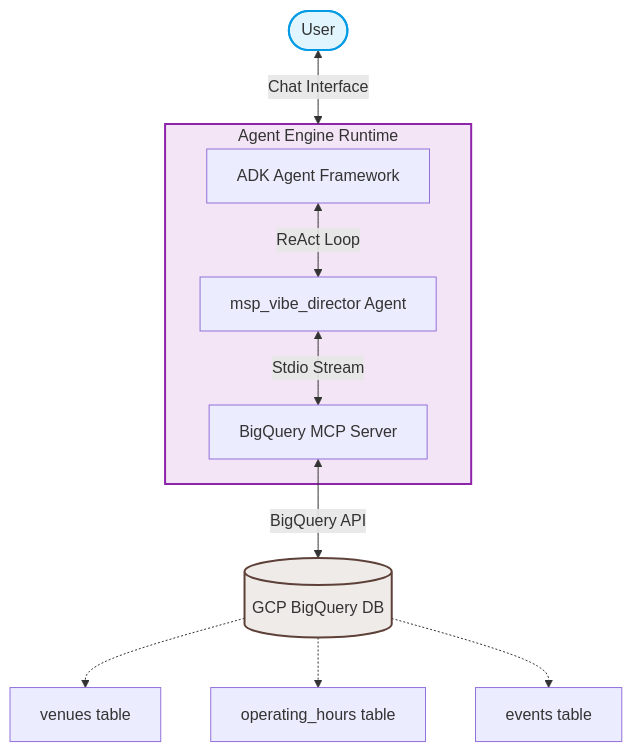
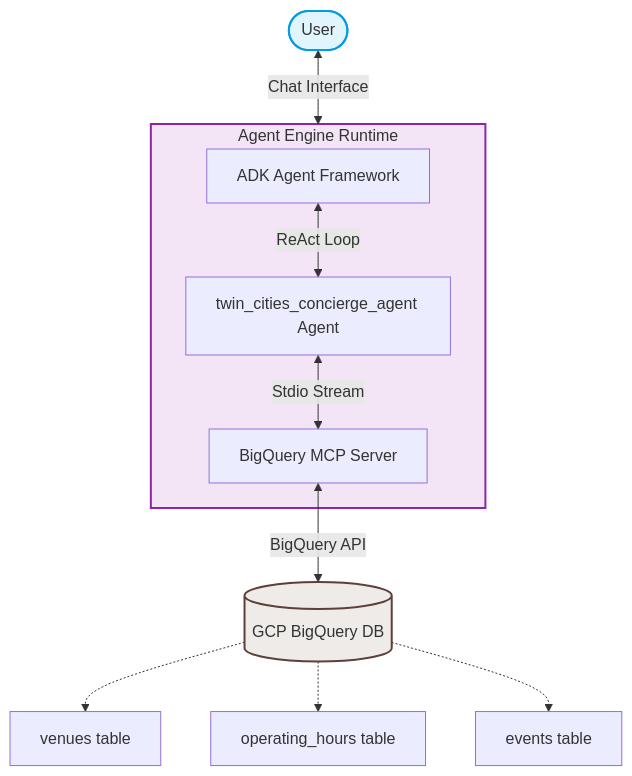
One commit to lo-ronk-goog/twin-cities-concierage-agent changed the first of 2 diagrams in README.md. Above: the diagram before and after it, drawn with Mermaid. The commit also changed other lines of this file and 15 other files, not shown here.

````diff
--- a/README.md
+++ b/README.md
@@ -13,16 +13,16 @@
 ```mermaid
 graph TD
     User([User]) <-->|Chat Interface| AE[Vertex AI Agent Engine]
     subgraph AE [Agent Engine Runtime]
-        ADK[ADK Agent Framework] <-->|ReAct Loop| Agent[msp_vibe_director Agent]
+        ADK[ADK Agent Framework] <-->|ReAct Loop| Agent[twin_cities_concierge_agent Agent]
         Agent <-->|Stdio Stream| MCP[BigQuery MCP Server]
     end
     MCP <-->|BigQuery API| BQ[(GCP BigQuery DB)]
     BQ -.-> V[venues table]
     BQ -.-> O[operating_hours table]
     BQ -.-> E[events table]
     
     style User fill:#e1f5fe,stroke:#039be5,stroke-width:2px
     style AE fill:#f3e5f5,stroke:#8e24aa,stroke-width:2px
     style BQ fill:#efebe9,stroke:#5d4037,stroke-width:2px
 ```
````
